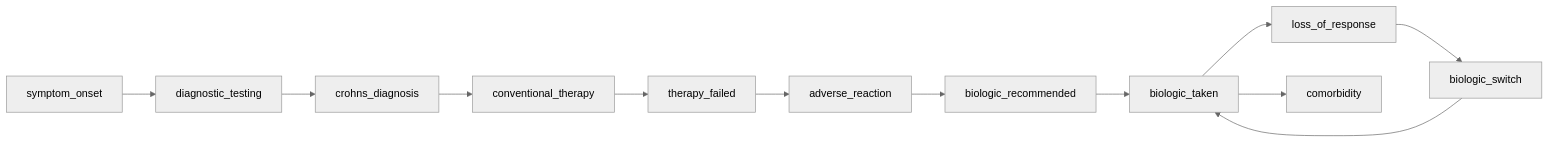
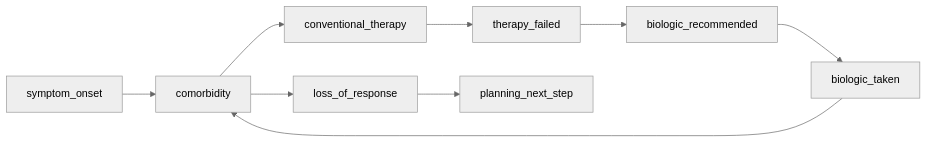
Before and after one commit to carecodeconnect/crohnicity: the diagram in README.md, drawn with Mermaid. The commit also changed other lines of this file and 76 other files, not shown here.

````diff
--- a/README.md
+++ b/README.md
@@ -367,26 +367,20 @@
 ``` mermaid
 %%{init: {'theme':'neutral'}}%%
 flowchart LR
     n0["symptom_onset"]
-    n1["diagnostic_testing"]
-    n2["crohns_diagnosis"]
-    n3["conventional_therapy"]
-    n4["therapy_failed"]
-    n5["adverse_reaction"]
-    n6["biologic_recommended"]
-    n7["biologic_taken"]
-    n8["loss_of_response"]
-    n9["biologic_switch"]
-    n10["comorbidity"]
+    n1["comorbidity"]
+    n2["conventional_therapy"]
+    n3["therapy_failed"]
+    n4["biologic_recommended"]
+    n5["biologic_taken"]
+    n6["loss_of_response"]
+    n7["planning_next_step"]
     n0 -->n1
     n1 -->n2
     n2 -->n3
     n3 -->n4
     n4 -->n5
-    n5 -->n6
+    n5 -->n1
+    n1 -->n6
     n6 -->n7
-    n7 -->n8
-    n8 -->n9
-    n9 -->n7
-    n7 -->n10
 ```
````
